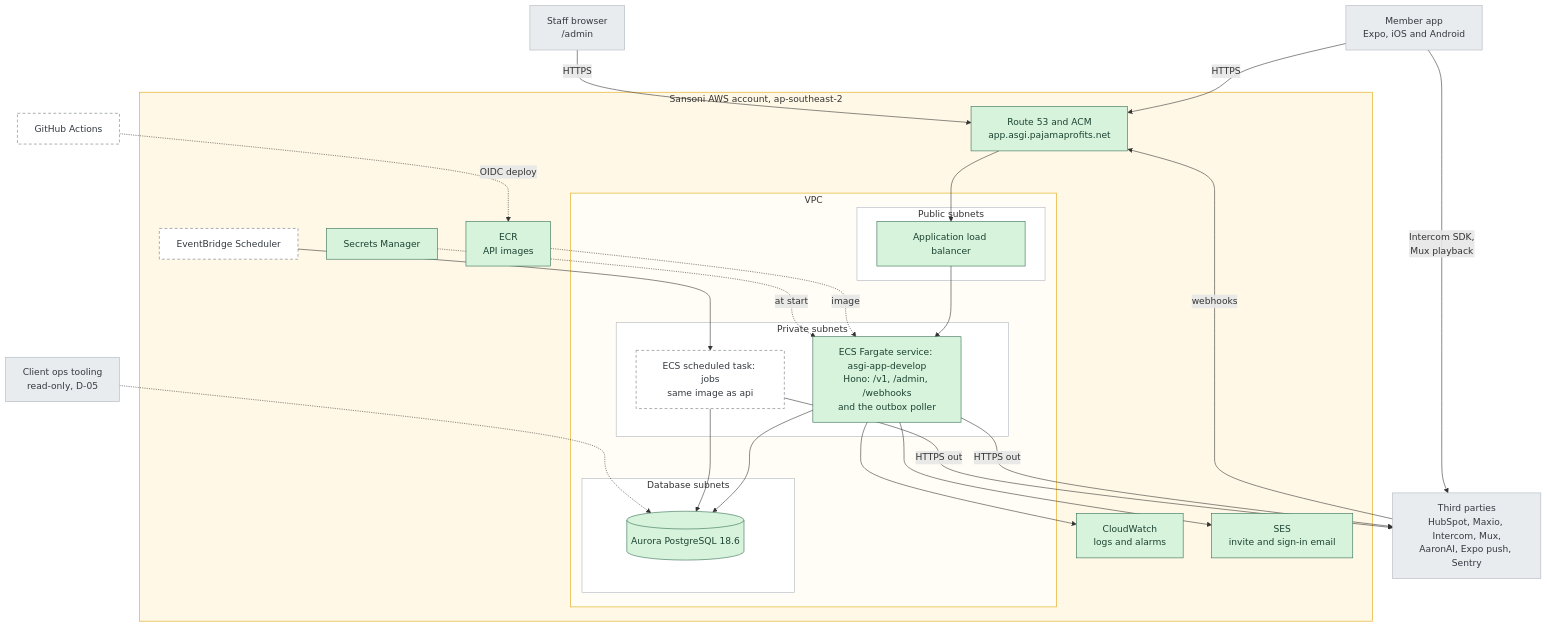
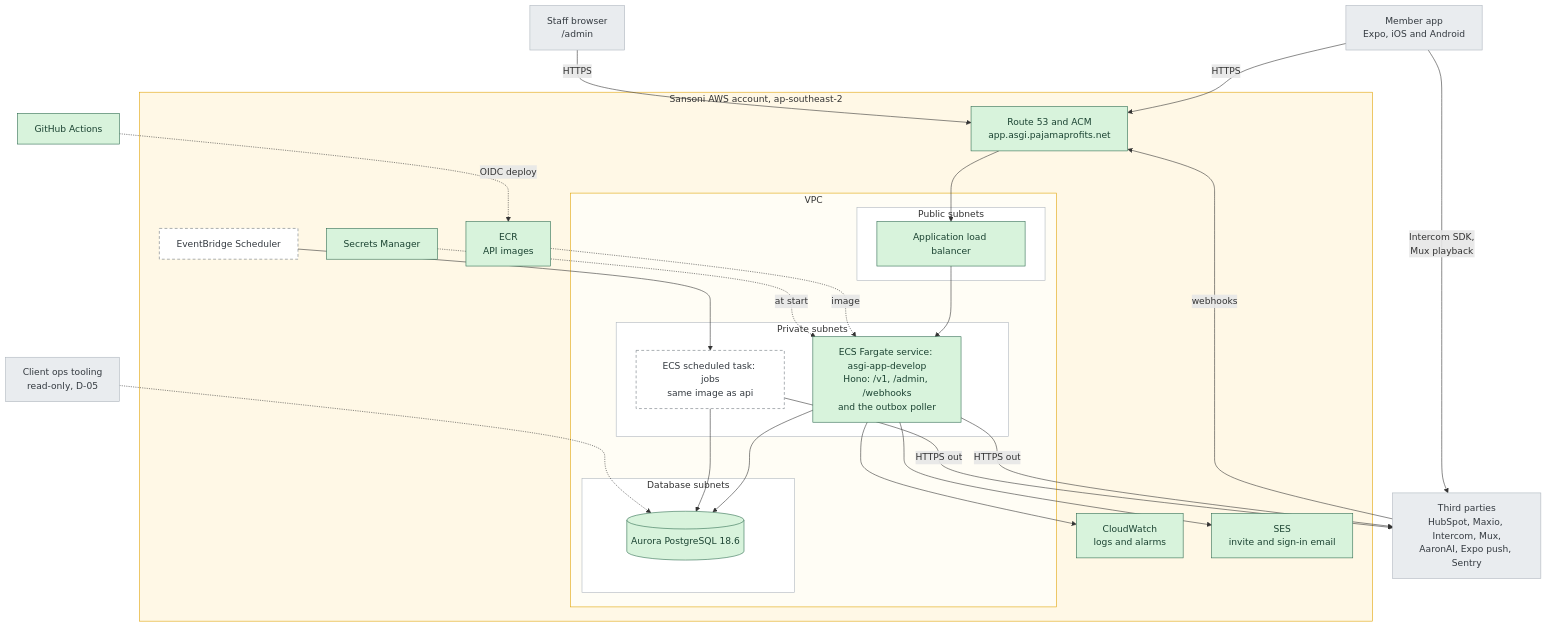
The diagram in docs/architecture.md (Sansoni-Management-Dev-Team/asgimaster-app), drawn with Mermaid before and after one commit. The commit also changed other lines of this file and 9 other files, not shown here.

````diff
--- a/docs/architecture.md
+++ b/docs/architecture.md
@@ -13,58 +13,58 @@
 ```mermaid
 flowchart TB
   app["Member app<br/>Expo, iOS and Android"]
   staff["Staff browser<br/>/admin"]
   ext["Third parties<br/>HubSpot, Maxio, Intercom, Mux,<br/>AaronAI, Expo push, Sentry"]
   gha["GitHub Actions"]
   ops["Client ops tooling<br/>read-only, D-05"]
 
   subgraph aws["Sansoni AWS account, ap-southeast-2"]
     dns["Route 53 and ACM<br/>app.asgi.pajamaprofits.net"]
     scheduler["EventBridge Scheduler"]
     subgraph vpc["VPC"]
       subgraph public["Public subnets"]
         alb["Application load balancer"]
       end
       subgraph private["Private subnets"]
         api["ECS Fargate service: asgi-app-develop<br/>Hono: /v1, /admin, /webhooks<br/>and the outbox poller"]
         jobs["ECS scheduled task: jobs<br/>same image as api"]
       end
       subgraph database["Database subnets"]
         rds[("Aurora PostgreSQL 18.6")]
       end
     end
     ecr["ECR<br/>API images"]
     secrets["Secrets Manager"]
     logs["CloudWatch<br/>logs and alarms"]
     ses["SES<br/>invite and sign-in email"]
   end
 
   app -- HTTPS --> dns
   staff -- HTTPS --> dns
   ext -- "webhooks" --> dns
   dns --> alb --> api
   scheduler --> jobs
   api --> rds
   jobs --> rds
   api -- "HTTPS out" --> ext
   jobs -- "HTTPS out" --> ext
   app -- "Intercom SDK,<br/>Mux playback" --> ext
   api --> ses
   api --> logs
   ecr -. image .-> api
   secrets -. "at start" .-> api
   gha -. "OIDC deploy" .-> ecr
   ops -.-> rds
 
   classDef built fill:#d8f3dc,stroke:#2d6a4f,color:#1b4332
   classDef planned fill:#ffffff,stroke:#6c757d,stroke-dasharray:5 4,color:#343a40
   classDef external fill:#e9ecef,stroke:#adb5bd,color:#343a40
-  class alb,api,rds,ecr,secrets,logs,dns,ses built
-  class jobs,scheduler,gha planned
+  class alb,api,rds,ecr,secrets,logs,dns,ses,gha built
+  class jobs,scheduler planned
   class app,staff,ops,ext external
   style aws fill:#fff8e6,stroke:#e0a100
   style vpc fill:#fffdf5,stroke:#e0a100
   style public fill:#ffffff,stroke:#adb5bd
   style private fill:#ffffff,stroke:#adb5bd
   style database fill:#ffffff,stroke:#adb5bd
 ```
````
